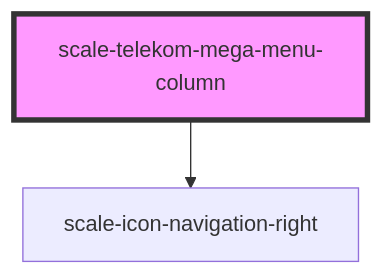
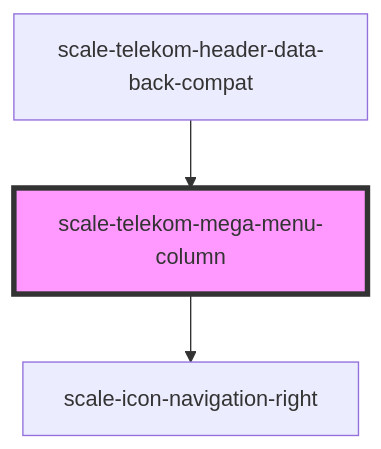
Before and after one commit to telekom/scale: the diagram in packages/components/src/components/telekom/telekom-mega-menu/readme.md, drawn with Mermaid. The commit also changed other lines of this file and 18 other files, not shown here.

Commit message:
feat(telekom-header): backward compatible data API

````diff
--- a/packages/components/src/components/telekom/telekom-mega-menu/readme.md
+++ b/packages/components/src/components/telekom/telekom-mega-menu/readme.md
@@ -32,5 +36,6 @@
 ```mermaid
 graph TD;
   scale-telekom-mega-menu-column --> scale-icon-navigation-right
+  scale-telekom-header-data-back-compat --> scale-telekom-mega-menu-column
   style scale-telekom-mega-menu-column fill:#f9f,stroke:#333,stroke-width:4px
 ```
````
